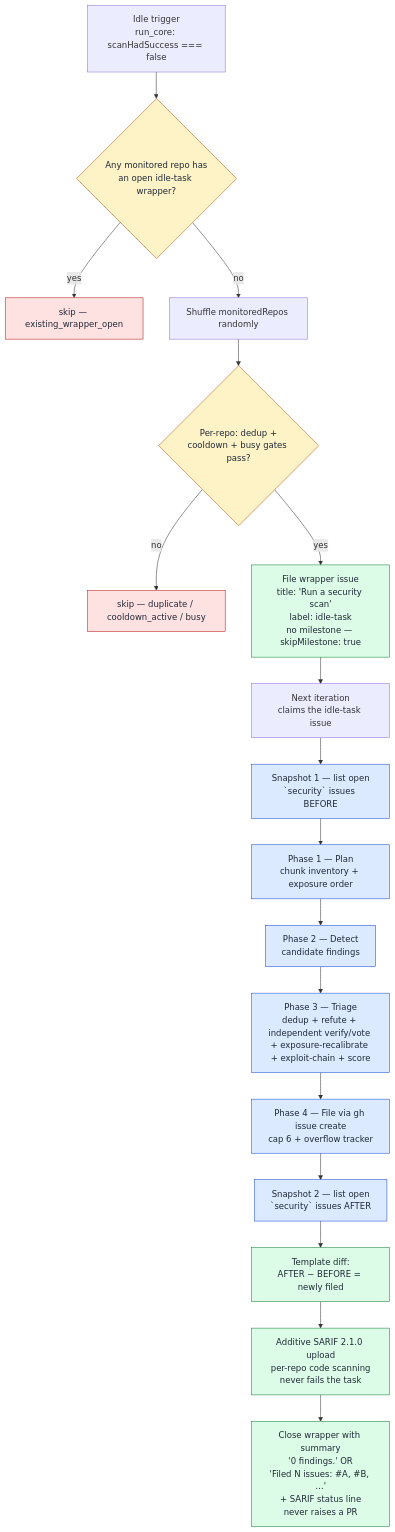
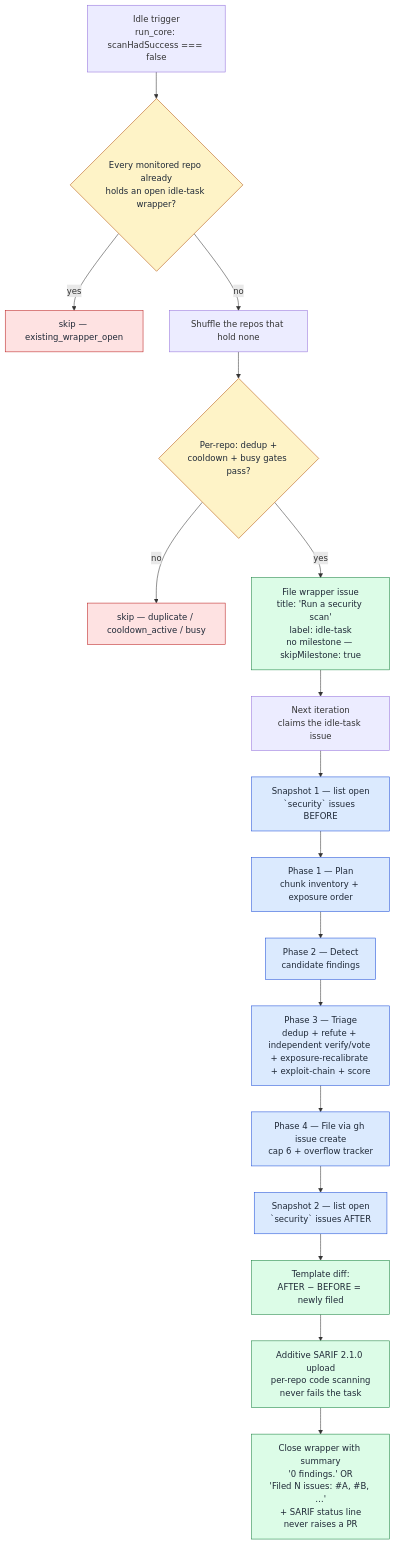
The second of 3 diagrams in docs/SECURITY-SCAN.md (stSoftwareAU/VibeCoder), drawn with Mermaid before and after one commit. The commit also changed other lines of this file and 15 other files, not shown here.

First line of the commit message:
fix: raise an idle task per empty repository, not one per fleet (Issue #1083)

````diff
--- a/docs/SECURITY-SCAN.md
+++ b/docs/SECURITY-SCAN.md
@@ -225,27 +225,27 @@
 ```mermaid
 flowchart TD
     classDef gate fill:#fef3c7,stroke:#b45309,color:#1f2937;
     classDef phase fill:#dbeafe,stroke:#1d4ed8,color:#1f2937;
     classDef output fill:#dcfce7,stroke:#15803d,color:#1f2937;
     classDef skip fill:#fee2e2,stroke:#b91c1c,color:#1f2937;
 
     Idle[Idle trigger<br/>run_core: scanHadSuccess === false]
 
-    Idle --> Cross{Any monitored repo has<br/>an open idle-task wrapper?}
+    Idle --> Cross{Every monitored repo already<br/>holds an open idle-task wrapper?}
     Cross -- yes --> SkipWrapper[skip — existing_wrapper_open]:::skip
-    Cross -- no --> Shuffle[Shuffle monitoredRepos randomly]
+    Cross -- no --> Shuffle[Shuffle the repos that hold none]
     Shuffle --> Pick{Per-repo: dedup +<br/>cooldown + busy gates pass?}
     class Cross,Pick gate;
     Pick -- no --> SkipDedup[skip — duplicate / cooldown_active / busy]:::skip
     Pick -- yes --> FileIssue[File wrapper issue<br/>title: 'Run a security scan'<br/>label: idle-task<br/>no milestone — skipMilestone: true]:::output
     FileIssue --> NextLoop[Next iteration<br/>claims the idle-task issue]
     NextLoop --> Before[Snapshot 1 — list open<br/>`security` issues BEFORE]:::phase
     Before --> Phase1[Phase 1 — Plan<br/>chunk inventory + exposure order]:::phase
     Phase1 --> Phase2[Phase 2 — Detect<br/>candidate findings]:::phase
     Phase2 --> Phase3[Phase 3 — Triage<br/>dedup + refute + independent verify/vote + exposure-recalibrate + exploit-chain + score]:::phase
     Phase3 --> Phase4[Phase 4 — File via gh issue create<br/>cap 6 + overflow tracker]:::phase
     Phase4 --> After[Snapshot 2 — list open<br/>`security` issues AFTER]:::phase
     After --> Diff[Template diff:<br/>AFTER − BEFORE = newly filed]:::output
     Diff --> Sarif[Additive SARIF 2.1.0 upload<br/>per-repo code scanning<br/>never fails the task]:::output
     Sarif --> Close[Close wrapper with summary<br/>'0 findings.' OR<br/>'Filed N issues: #A, #B, …'<br/>+ SARIF status line<br/>never raises a PR]:::output
 ```
````
